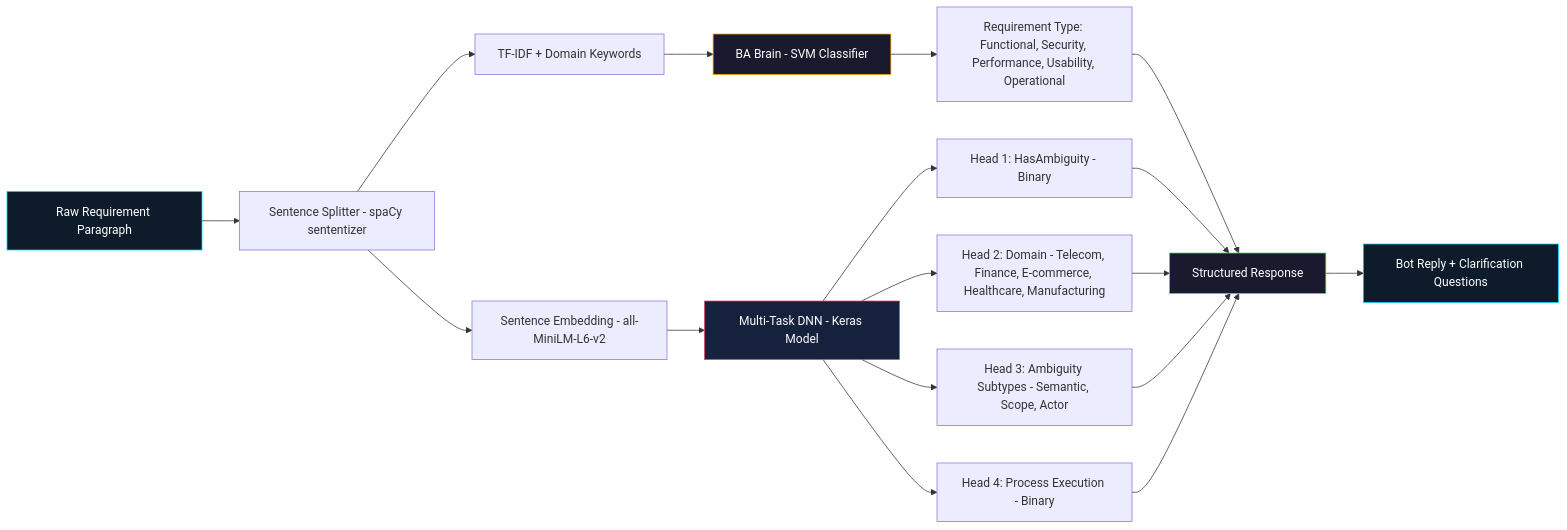
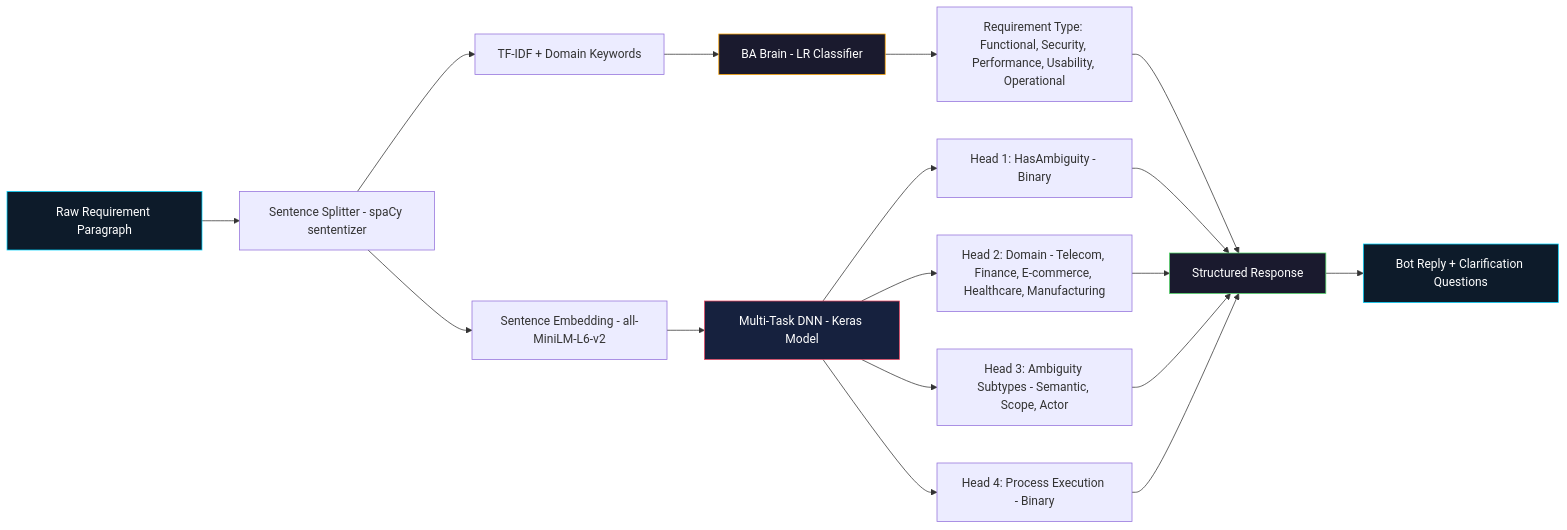
The second of 6 diagrams in README.md (FahadhCodes/project_AIRES), drawn with Mermaid before and after one commit. The commit also changed other lines of this file, not shown here.

````diff
--- a/README.md
+++ b/README.md
@@ -144,31 +149,31 @@
 ```mermaid
 flowchart LR
     INPUT["Raw Requirement Paragraph"] --> SENT["Sentence Splitter - spaCy sententizer"]
 
     SENT --> BRANCH1["TF-IDF + Domain Keywords"]
     SENT --> BRANCH2["Sentence Embedding - all-MiniLM-L6-v2"]
 
-    BRANCH1 --> SVM["BA Brain - SVM Classifier"]
-    SVM --> RTYPE["Requirement Type: Functional, Security, Performance, Usability, Operational"]
+    BRANCH1 --> LR["BA Brain - LR Classifier"]
+    LR --> RTYPE["Requirement Type: Functional, Security, Performance, Usability, Operational"]
 
     BRANCH2 --> DNN["Multi-Task DNN - Keras Model"]
 
     DNN --> HEAD1["Head 1: HasAmbiguity - Binary"]
     DNN --> HEAD2["Head 2: Domain - Telecom, Finance, E-commerce, Healthcare, Manufacturing"]
     DNN --> HEAD3["Head 3: Ambiguity Subtypes - Semantic, Scope, Actor"]
     DNN --> HEAD4["Head 4: Process Execution - Binary"]
 
     RTYPE --> RESPONSE["Structured Response"]
     HEAD1 --> RESPONSE
     HEAD2 --> RESPONSE
     HEAD3 --> RESPONSE
     HEAD4 --> RESPONSE
 
     RESPONSE --> BOT["Bot Reply + Clarification Questions"]
 
     style INPUT fill:#0d1b2a,stroke:#00d4ff,color:#fff
-    style SVM fill:#1a1a2e,stroke:#ffa500,color:#fff
+    style LR fill:#1a1a2e,stroke:#ffa500,color:#fff
     style DNN fill:#16213e,stroke:#e94560,color:#fff
     style RESPONSE fill:#1a1a2e,stroke:#53d769,color:#fff
     style BOT fill:#0d1b2a,stroke:#00d4ff,color:#fff
 ```
````
